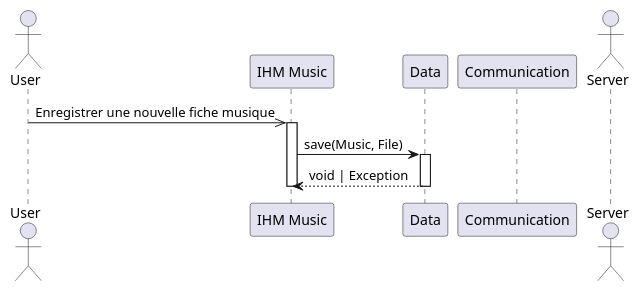
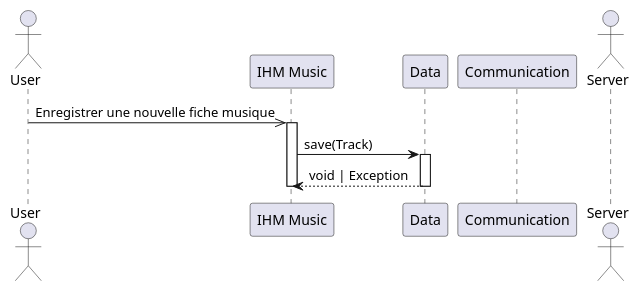
The diagram in sequence/2.1.new_music_client.puml (UTCAI12/Diagrams), drawn with PlantUML before and after one commit. The commit also changed 4 other files, not shown here.

Commit message:
Utilisation des classes du diagramme

```diff
--- a/sequence/2.1.new_music_client.puml
+++ b/sequence/2.1.new_music_client.puml
@@ -1,18 +1,18 @@
 @startuml New Local Music
 actor User
 participant "IHM Music" as IHM
 participant Data
 participant Communication
 actor Server
 
 User ->> IHM : Enregistrer une nouvelle fiche musique
 activate IHM
 
-IHM -> Data : save(Music, File)
+IHM -> Data : save(Track)
 activate Data
 
 Data --> IHM : void | Exception
 deactivate Data
 deactivate IHM
 
 @enduml
```
